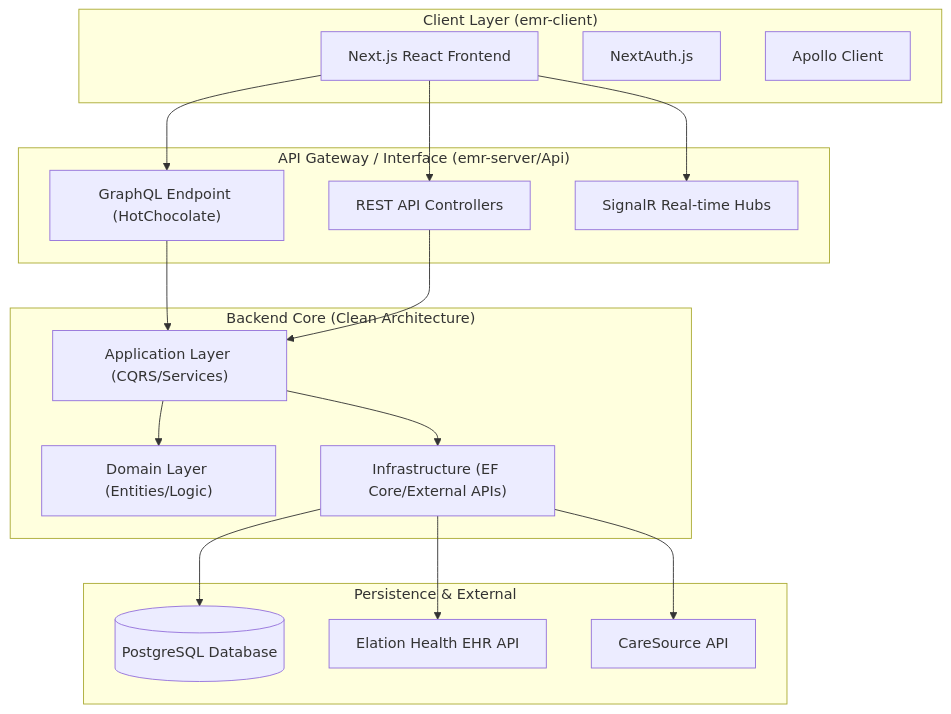
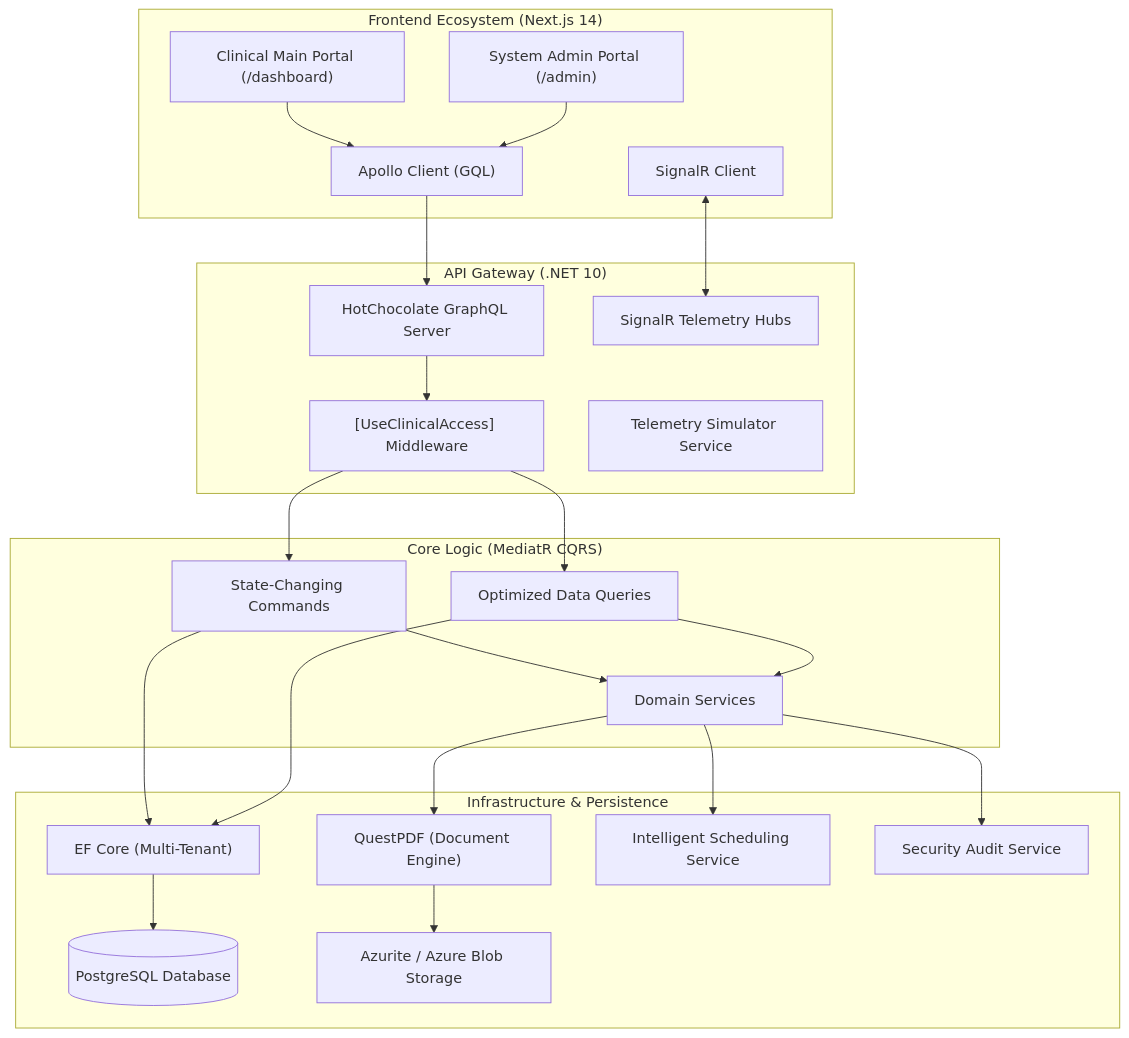
Before and after one commit to ewceniza9009/emr: the diagram in README.md, drawn with Mermaid. The commit also changed other lines of this file and 1 other file, not shown here.

````diff
--- a/README.md
+++ b/README.md
@@ -22,37 +19,45 @@
 ```mermaid
 flowchart TD
-    subgraph ClientLayer ["Client Layer (emr-client)"]
-        UI["Next.js React Frontend"]
-        Auth["NextAuth.js"]
-        GQL_C["Apollo Client"]
+    subgraph ClientLayer ["Frontend Ecosystem (Next.js 14)"]
+        MainPortal["Clinical Main Portal (/dashboard)"]
+        AdminPortal["System Admin Portal (/admin)"]
+        Apollo["Apollo Client (GQL)"]
+        SignalR_C["SignalR Client"]
     end
 
-    subgraph ApiLayer ["API Gateway / Interface (emr-server/Api)"]
-        GQL_S["GraphQL Endpoint (HotChocolate)"]
-        REST["REST API Controllers"]
-        Hubs["SignalR Real-time Hubs"]
+    subgraph ApiLayer ["API Gateway (.NET 10)"]
+        GQL["HotChocolate GraphQL Server"]
+        Hubs["SignalR Telemetry Hubs"]
+        Security["[UseClinicalAccess] Middleware"]
+        Sim["Telemetry Simulator Service"]
     end
 
-    subgraph BackendCore ["Backend Core (Clean Architecture)"]
-        App["Application Layer (CQRS/Services)"]
-        Dom["Domain Layer (Entities/Logic)"]
-        Infra["Infrastructure (EF Core/External APIs)"]
+    subgraph ApplicationLayer ["Core Logic (MediatR CQRS)"]
+        Commands["State-Changing Commands"]
+        Queries["Optimized Data Queries"]
+        Services["Domain Services"]
     end
 
-    subgraph Persistence ["Persistence & External"]
-        DB[("PostgreSQL Database")]
-        Elation["Elation Health EHR API"]
-        CareSource["CareSource API"]
+    subgraph InfrastructureLayer ["Infrastructure & Persistence"]
+        EF["EF Core (Multi-Tenant)"]
+        Postgres[("PostgreSQL Database")]
+        Blob["Azurite / Azure Blob Storage"]
+        QuestPDF["QuestPDF (Document Engine)"]
+        Scheduler["Intelligent Scheduling Service"]
+        Audit["Security Audit Service"]
     end
 
-    UI --> GQL_S
-    UI --> REST
-    UI --> Hubs
-    GQL_S --> App
-    REST --> App
-    App --> Dom
-    App --> Infra
-    Infra --> DB
-    Infra --> Elation
-    Infra --> CareSource
+    MainPortal --> Apollo
+    AdminPortal --> Apollo
+    Apollo --> GQL
+    SignalR_C <--> Hubs
+    GQL --> Security
+    Security --> Commands & Queries
+    Commands & Queries --> EF
+    Commands & Queries --> Services
+    Services --> QuestPDF
+    Services --> Scheduler
+    Services --> Audit
+    EF --> Postgres
+    QuestPDF --> Blob
 ```
````
